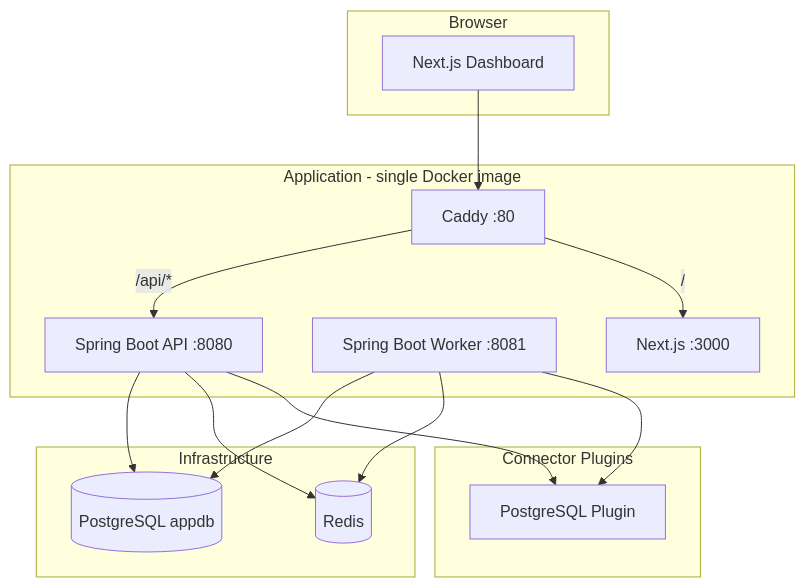
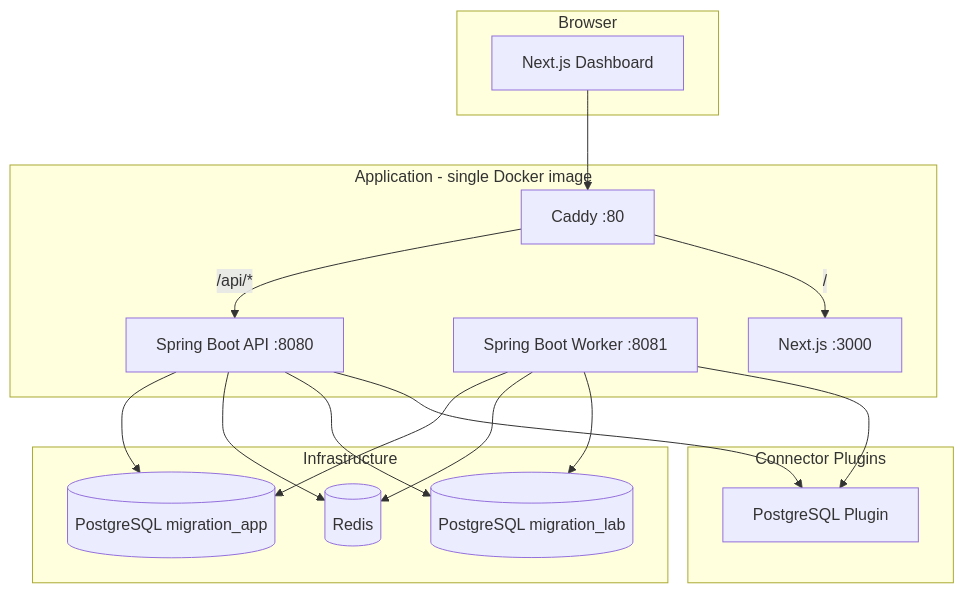
One commit to shubh-am8/data-migration-tool changed the first of 2 diagrams in docs/architecture.md. Above: the diagram before and after it, drawn with Mermaid. The commit also changed other lines of this file and 43 other files, not shown here.

````diff
--- a/docs/architecture.md
+++ b/docs/architecture.md
@@ -5,32 +5,35 @@
 ```mermaid
 flowchart TB
   subgraph client [Browser]
     WebUI[Next.js Dashboard]
   end
 
   subgraph app [Application - single Docker image]
     Caddy[Caddy :80]
     API[Spring Boot API :8080]
     Worker[Spring Boot Worker :8081]
     Next[Next.js :3000]
   end
 
   subgraph infra [Infrastructure]
-    PG[(PostgreSQL appdb)]
+    PG[(PostgreSQL migration_app)]
+    LabPG[(PostgreSQL migration_lab)]
     Redis[(Redis)]
   end
 
   subgraph plugins [Connector Plugins]
     PGPlugin[PostgreSQL Plugin]
   end
 
   WebUI --> Caddy
   Caddy -->|"/api/*"| API
   Caddy -->|"/"| Next
   API --> PG
   API --> Redis
   Worker --> PG
   Worker --> Redis
+  Worker --> LabPG
+  API --> LabPG
   Worker --> PGPlugin
   API --> PGPlugin
 ```
````
